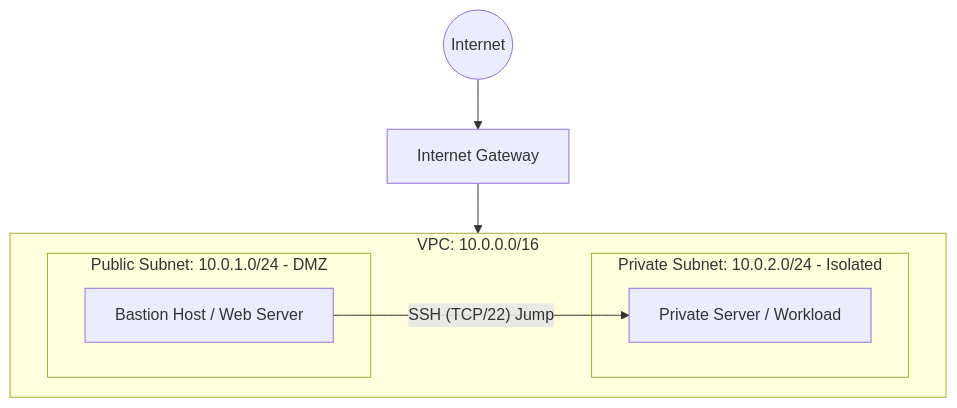
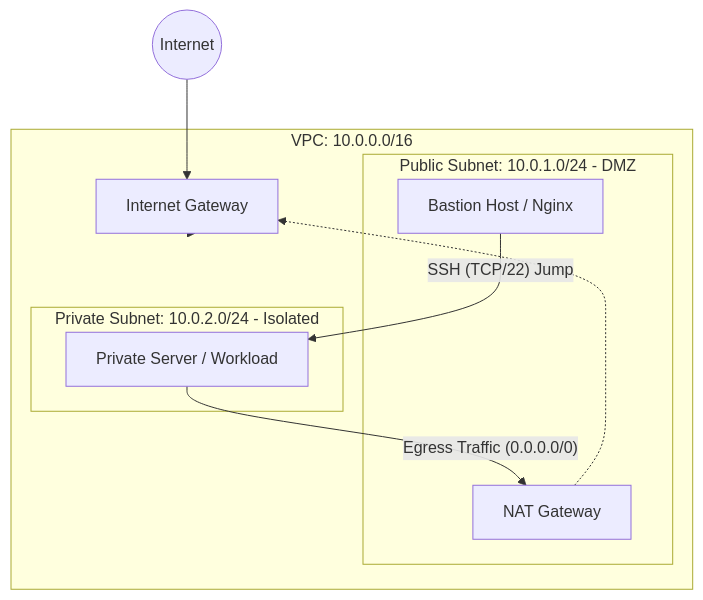
The diagram in README.md (wilksontec/aws-secure-vpc-architecture), drawn with Mermaid before and after one commit. The commit also changed other lines of this file and 1 other file, not shown here.

Commit message:
Update architecture documentation to include NAT Gateway

````diff
--- a/README.md
+++ b/README.md
@@ -14,18 +14,21 @@
 ```mermaid
 graph TD
     Internet((Internet)) --> IGW[Internet Gateway]
     IGW --> VPC
     
     subgraph VPC [VPC: 10.0.0.0/16]
         
         subgraph PublicZone [Public Subnet: 10.0.1.0/24 - DMZ]
-            Bastion[Bastion Host / Web Server]
+            NAT[NAT Gateway]
+            Bastion[Bastion Host / Nginx]
         end
         
         subgraph PrivateZone [Private Subnet: 10.0.2.0/24 - Isolated]
             AppServer[Private Server / Workload]
         end
         
         Bastion -- "SSH (TCP/22) Jump" --> AppServer
+        AppServer -- "Egress Traffic (0.0.0.0/0)" --> NAT
+        NAT -.-> IGW
     end
 ```
````
